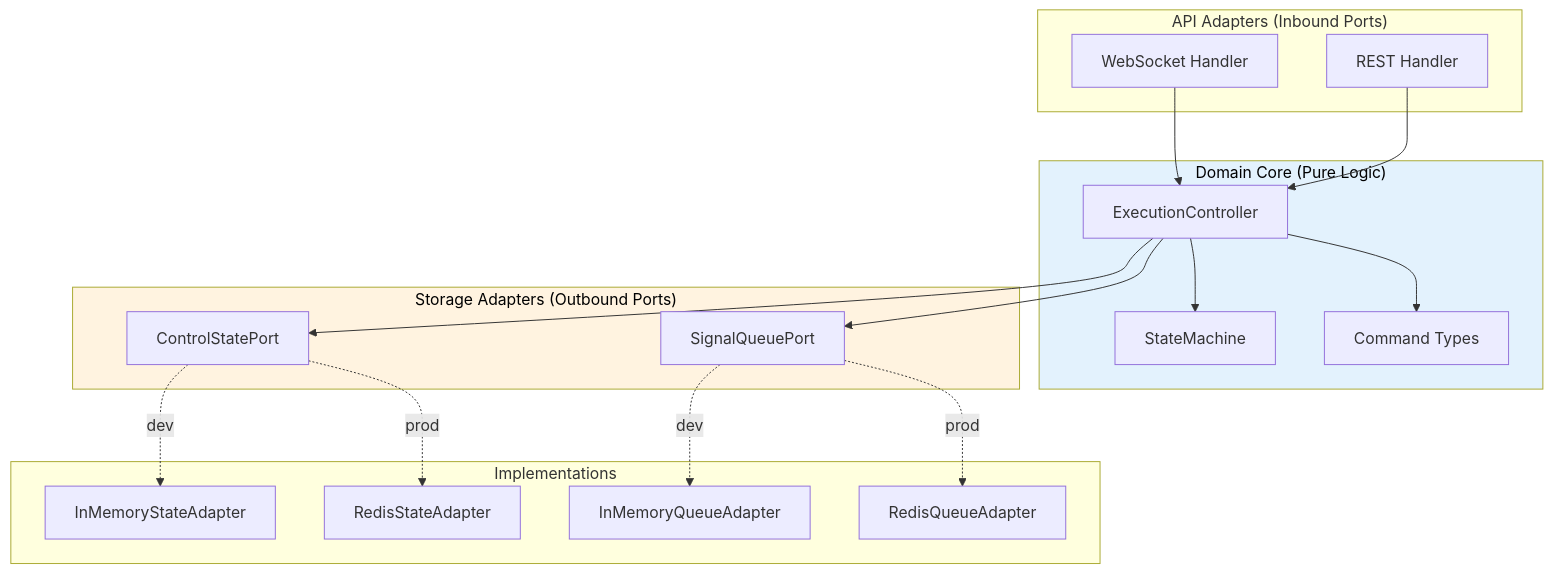
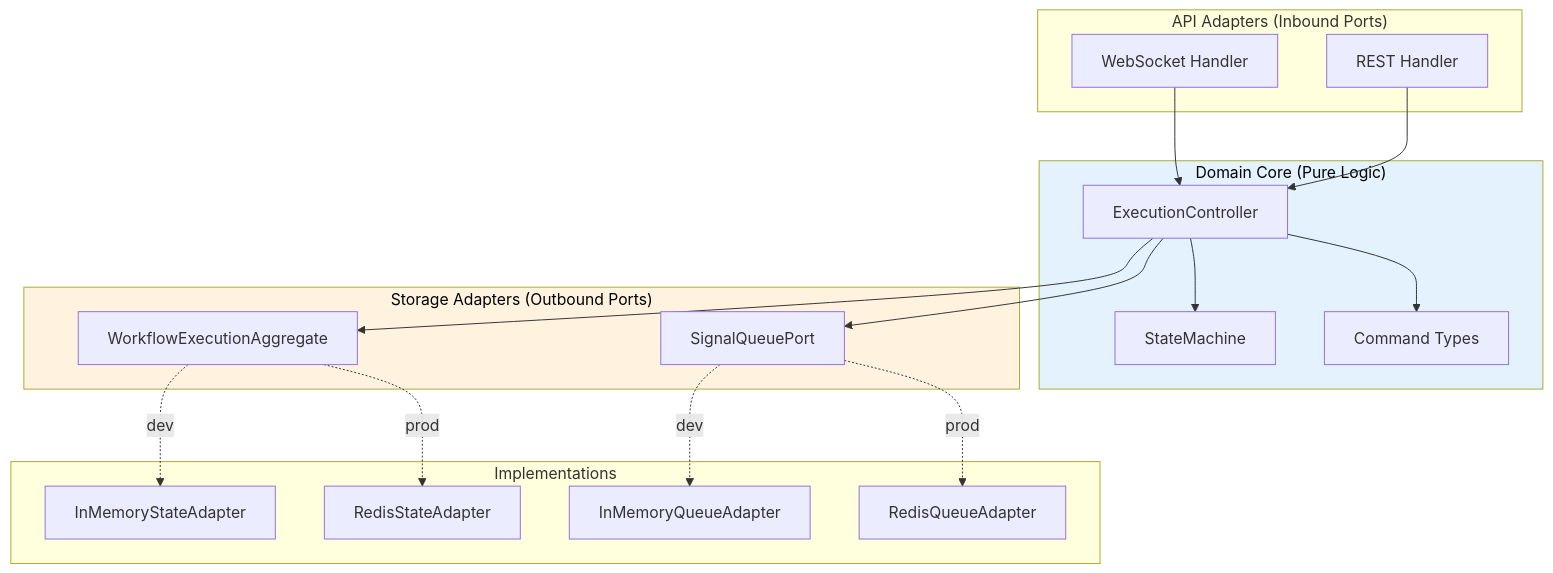
Before and after one commit to syntropic137/syntropic137: the fifth of 6 diagrams in docs/architecture/realtime-communication.md, drawn with Mermaid. The commit also changed 6 other files, not shown here.

First line of the commit message:
fix(control): wire the controller to the aggregate, and name an unreadable store

````diff
--- a/docs/architecture/realtime-communication.md
+++ b/docs/architecture/realtime-communication.md
@@ -304,42 +304,42 @@
 ```mermaid
 flowchart TB
     subgraph api["API Adapters (Inbound Ports)"]
         ws[WebSocket Handler]
         rest[REST Handler]
     end
     
     subgraph core["Domain Core (Pure Logic)"]
         controller[ExecutionController]
         state_machine[StateMachine]
         commands[Command Types]
     end
     
     subgraph adapters["Storage Adapters (Outbound Ports)"]
-        state_store[ControlStatePort]
+        state_store[WorkflowExecutionAggregate]
         signal_queue[SignalQueuePort]
     end
     
     subgraph impl["Implementations"]
         mem_state[InMemoryStateAdapter]
         redis_state[RedisStateAdapter]
         mem_queue[InMemoryQueueAdapter]
         redis_queue[RedisQueueAdapter]
     end
     
     ws --> controller
     rest --> controller
     
     controller --> state_machine
     controller --> commands
     
     controller --> state_store
     controller --> signal_queue
     
     state_store -.->|dev| mem_state
     state_store -.->|prod| redis_state
     signal_queue -.->|dev| mem_queue
     signal_queue -.->|prod| redis_queue
     
     style core fill:#e3f2fd,color:#000
     style adapters fill:#fff3e0,color:#000
 ```
````
